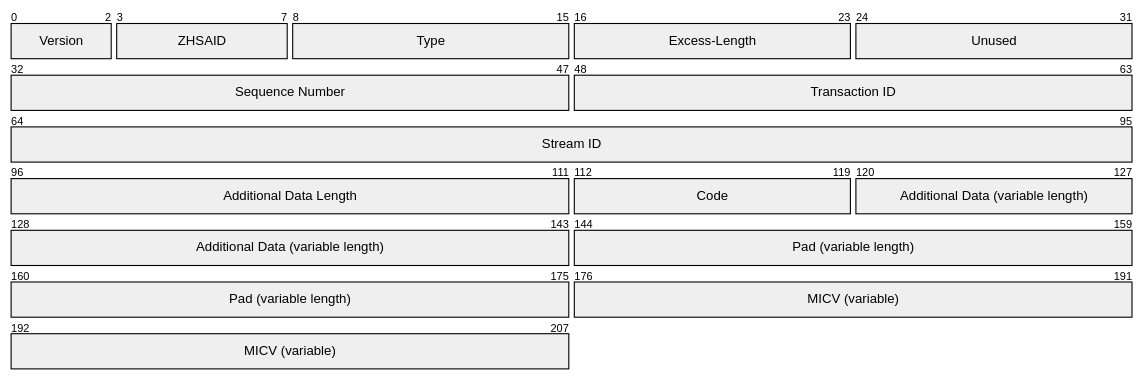
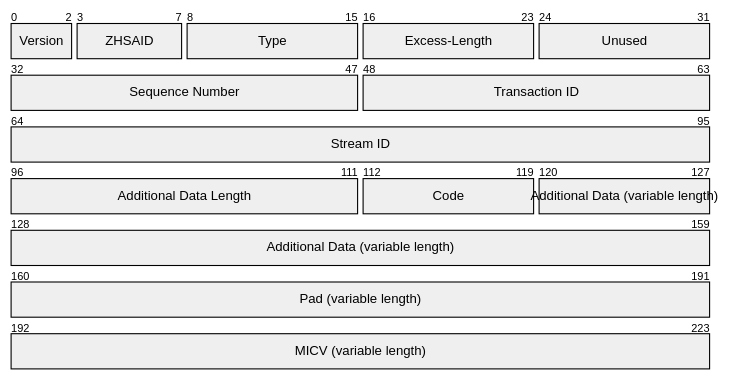
Before and after one commit to org-zpr/zpr-rfcs: diagram 19 of 44 in src/17-ZPR-Data-Protocol/body.md, drawn with Mermaid. The commit also changed other lines of this file, not shown here.

Commit message:
Make packet diagrams a readable size

````diff
--- a/src/17-ZPR-Data-Protocol/body.md
+++ b/src/17-ZPR-Data-Protocol/body.md
@@ -3016,17 +3080,23 @@
 ``` mermaid
+---
+config:
+  themeCSS: ".packetLabel { font-size: 14px } .packetByte { font-size: 11px }"
+  packet:
+    bitWidth: 20
+---
 %%| fig-cap: Stream ID Withdrawal Request Management Message Data Format
 packet
 +3: "Version"
 +5: "ZHSAID"
 +8: "Type"
 +8: "Excess-Length"
 +8: "Unused"
 +16: "Sequence Number"
 +16: "Transaction ID"
 +32: "Stream ID"
 +16: "Additional Data Length"
 +8: "Code"
-+24: "Additional Data (variable length)"
++40: "Additional Data (variable length)"
 +32: "Pad (variable length)"
-+32: "MICV (variable)"
++32: "MICV (variable length)"
 ```
````
